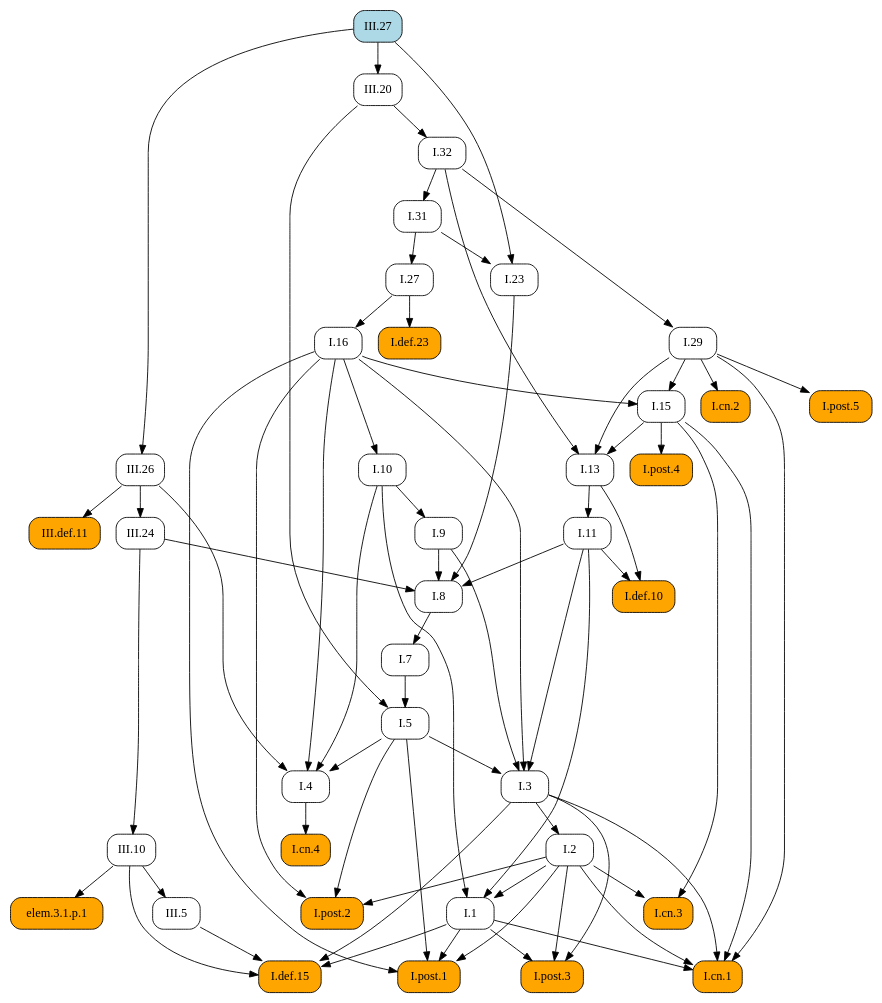
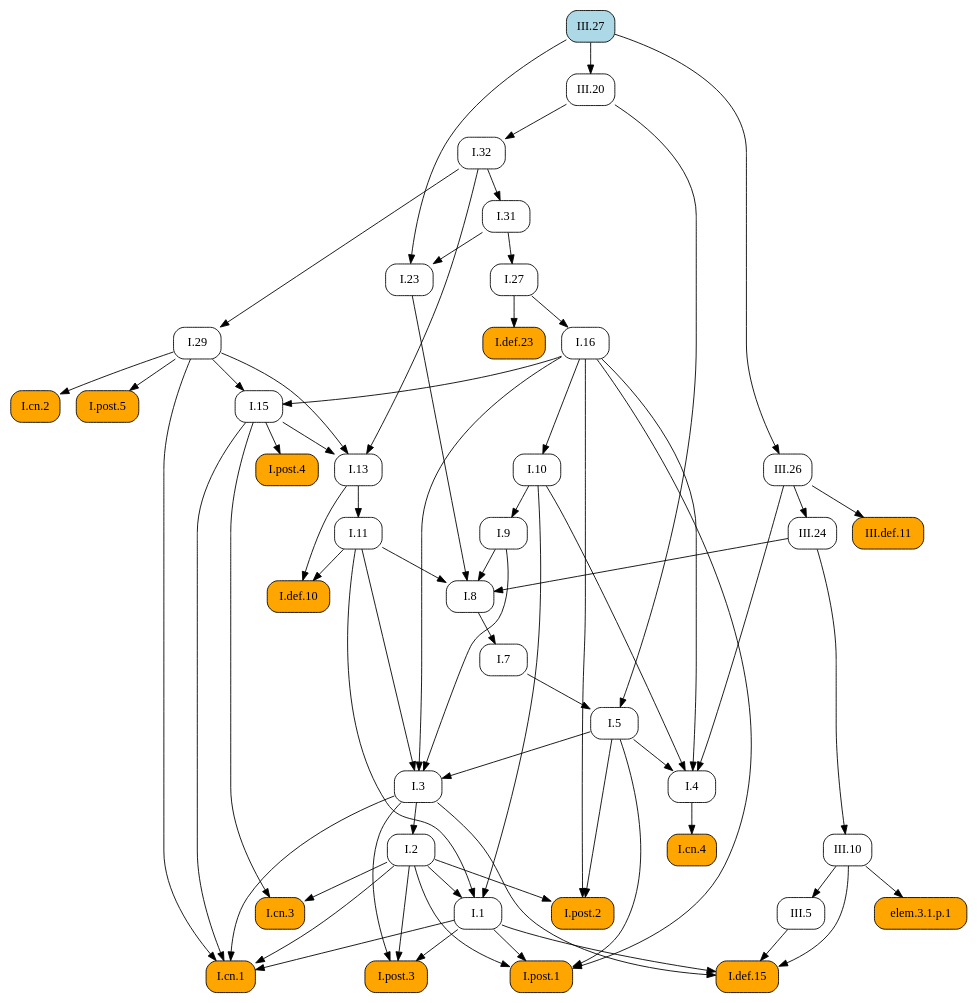
One commit to geometor/elements changed the diagram in docsrc/elements2/III/27/index.rst. Above: the diagram before and after it, drawn with Graphviz. The commit also changed other lines of this file and 409 other files, not shown here.

First line of the commit message:
feat: Add image cropping and graphic extraction script

```diff
--- a/docsrc/elements2/III/27/index.rst
+++ b/docsrc/elements2/III/27/index.rst
@@ -74,111 +74,111 @@
    digraph {
      rankdir="TB";
      node [shape=box, style=rounded];
+     "I.31" [URL="/elements2/I/31/", target="_top"];
      "I.8" [URL="/elements2/I/8/", target="_top"];
+     "I.5" [URL="/elements2/I/5/", target="_top"];
+     "I.15" [URL="/elements2/I/15/", target="_top"];
+     "I.cn.1" [style="rounded,filled", fillcolor=orange, URL="/elements2/I/cn.1/", target="_top"];
      "I.32" [URL="/elements2/I/32/", target="_top"];
+     "I.7" [URL="/elements2/I/7/", target="_top"];
+     "I.23" [URL="/elements2/I/23/", target="_top"];
+     "elem.3.1.p.1" [style="rounded,filled", fillcolor=orange];
+     "III.26" [URL="/elements2/III/26/", target="_top"];
+     "I.16" [URL="/elements2/I/16/", target="_top"];
+     "III.20" [URL="/elements2/III/20/", target="_top"];
      "III.27" [style="rounded,filled", fillcolor=lightblue, URL="/elements2/III/27/", target="_top"];
+     "I.def.15" [style="rounded,filled", fillcolor=orange, URL="/elements2/I/def.15/", target="_top"];
+     "I.def.10" [style="rounded,filled", fillcolor=orange, URL="/elements2/I/def.10/", target="_top"];
+     "I.11" [URL="/elements2/I/11/", target="_top"];
+     "I.post.4" [style="rounded,filled", fillcolor=orange, URL="/elements2/I/post.4/", target="_top"];
+     "III.5" [URL="/elements2/III/5/", target="_top"];
+     "I.def.23" [style="rounded,filled", fillcolor=orange, URL="/elements2/I/def.23/", target="_top"];
+     "I.post.5" [style="rounded,filled", fillcolor=orange, URL="/elements2/I/post.5/", target="_top"];
+     "I.3" [URL="/elements2/I/3/", target="_top"];
+     "I.10" [URL="/elements2/I/10/", target="_top"];
+     "I.cn.3" [style="rounded,filled", fillcolor=orange, URL="/elements2/I/cn.3/", target="_top"];
+     "III.24" [URL="/elements2/III/24/", target="_top"];
+     "I.13" [URL="/elements2/I/13/", target="_top"];
+     "I.4" [URL="/elements2/I/4/", target="_top"];
+     "I.post.3" [style="rounded,filled", fillcolor=orange, URL="/elements2/I/post.3/", target="_top"];
+     "I.9" [URL="/elements2/I/9/", target="_top"];
+     "I.29" [URL="/elements2/I/29/", target="_top"];
      "I.post.1" [style="rounded,filled", fillcolor=orange, URL="/elements2/I/post.1/", target="_top"];
-     "I.5" [URL="/elements2/I/5/", target="_top"];
-     "I.post.5" [style="rounded,filled", fillcolor=orange, URL="/elements2/I/post.5/", target="_top"];
-     "I.def.10" [style="rounded,filled", fillcolor=orange, URL="/elements2/I/def.10/", target="_top"];
-     "I.cn.2" [style="rounded,filled", fillcolor=orange, URL="/elements2/I/cn.2/", target="_top"];
-     "I.def.15" [style="rounded,filled", fillcolor=orange, URL="/elements2/I/def.15/", target="_top"];
-     "I.31" [URL="/elements2/I/31/", target="_top"];
-     "I.11" [URL="/elements2/I/11/", target="_top"];
-     "III.def.11" [style="rounded,filled", fillcolor=orange, URL="/elements2/III/def.11/", target="_top"];
-     "III.24" [URL="/elements2/III/24/", target="_top"];
-     "I.3" [URL="/elements2/I/3/", target="_top"];
-     "I.post.2" [style="rounded,filled", fillcolor=orange, URL="/elements2/I/post.2/", target="_top"];
      "III.10" [URL="/elements2/III/10/", target="_top"];
-     "I.def.23" [style="rounded,filled", fillcolor=orange, URL="/elements2/I/def.23/", target="_top"];
-     "I.1" [URL="/elements2/I/1/", target="_top"];
-     "I.cn.4" [style="rounded,filled", fillcolor=orange, URL="/elements2/I/cn.4/", target="_top"];
-     "I.cn.3" [style="rounded,filled", fillcolor=orange, URL="/elements2/I/cn.3/", target="_top"];
-     "III.5" [URL="/elements2/III/5/", target="_top"];
-     "III.20" [URL="/elements2/III/20/", target="_top"];
-     "I.7" [URL="/elements2/I/7/", target="_top"];
-     "III.26" [URL="/elements2/III/26/", target="_top"];
-     "I.9" [URL="/elements2/I/9/", target="_top"];
-     "elem.3.1.p.1" [style="rounded,filled", fillcolor=orange];
-     "I.cn.1" [style="rounded,filled", fillcolor=orange, URL="/elements2/I/cn.1/", target="_top"];
-     "I.29" [URL="/elements2/I/29/", target="_top"];
-     "I.post.4" [style="rounded,filled", fillcolor=orange, URL="/elements2/I/post.4/", target="_top"];
-     "I.16" [URL="/elements2/I/16/", target="_top"];
-     "I.13" [URL="/elements2/I/13/", target="_top"];
      "I.2" [URL="/elements2/I/2/", target="_top"];
      "I.27" [URL="/elements2/I/27/", target="_top"];
-     "I.4" [URL="/elements2/I/4/", target="_top"];
-     "I.10" [URL="/elements2/I/10/", target="_top"];
-     "I.15" [URL="/elements2/I/15/", target="_top"];
-     "I.23" [URL="/elements2/I/23/", target="_top"];
-     "I.post.3" [style="rounded,filled", fillcolor=orange, URL="/elements2/I/post.3/", target="_top"];
+     "III.def.11" [style="rounded,filled", fillcolor=orange, URL="/elements2/III/def.11/", target="_top"];
+     "I.cn.4" [style="rounded,filled", fillcolor=orange, URL="/elements2/I/cn.4/", target="_top"];
+     "I.cn.2" [style="rounded,filled", fillcolor=orange, URL="/elements2/I/cn.2/", target="_top"];
+     "I.1" [URL="/elements2/I/1/", target="_top"];
+     "I.post.2" [style="rounded,filled", fillcolor=orange, URL="/elements2/I/post.2/", target="_top"];
+     "I.32" -> "I.31";
      "I.9" -> "I.8";
      "I.11" -> "I.8";
      "I.23" -> "I.8";
      "III.24" -> "I.8";
-     "III.20" -> "I.32";
-     "I.1" -> "I.post.1";
-     "I.2" -> "I.post.1";
-     "I.5" -> "I.post.1";
-     "I.16" -> "I.post.1";
      "I.7" -> "I.5";
      "III.20" -> "I.5";
-     "I.29" -> "I.post.5";
-     "I.11" -> "I.def.10";
-     "I.13" -> "I.def.10";
-     "I.29" -> "I.cn.2";
-     "I.1" -> "I.def.15";
-     "I.3" -> "I.def.15";
-     "III.5" -> "I.def.15";
-     "III.10" -> "I.def.15";
-     "I.32" -> "I.31";
-     "I.13" -> "I.11";
-     "III.26" -> "III.def.11";
-     "III.26" -> "III.24";
-     "I.5" -> "I.3";
-     "I.9" -> "I.3";
-     "I.11" -> "I.3";
-     "I.16" -> "I.3";
-     "I.2" -> "I.post.2";
-     "I.5" -> "I.post.2";
-     "I.16" -> "I.post.2";
-     "III.24" -> "III.10";
-     "I.27" -> "I.def.23";
-     "I.2" -> "I.1";
-     "I.10" -> "I.1";
-     "I.11" -> "I.1";
-     "I.4" -> "I.cn.4";
-     "I.2" -> "I.cn.3";
-     "I.15" -> "I.cn.3";
-     "III.10" -> "III.5";
-     "III.27" -> "III.20";
-     "I.8" -> "I.7";
-     "III.27" -> "III.26";
-     "I.10" -> "I.9";
-     "III.10" -> "elem.3.1.p.1";
+     "I.16" -> "I.15";
+     "I.29" -> "I.15";
      "I.1" -> "I.cn.1";
      "I.2" -> "I.cn.1";
      "I.3" -> "I.cn.1";
      "I.15" -> "I.cn.1";
      "I.29" -> "I.cn.1";
-     "I.32" -> "I.29";
+     "III.20" -> "I.32";
+     "I.8" -> "I.7";
+     "I.31" -> "I.23";
+     "III.27" -> "I.23";
+     "III.10" -> "elem.3.1.p.1";
+     "III.27" -> "III.26";
+     "I.27" -> "I.16";
+     "III.27" -> "III.20";
+     "I.1" -> "I.def.15";
+     "I.3" -> "I.def.15";
+     "III.5" -> "I.def.15";
+     "III.10" -> "I.def.15";
+     "I.11" -> "I.def.10";
+     "I.13" -> "I.def.10";
+     "I.13" -> "I.11";
      "I.15" -> "I.post.4";
-     "I.27" -> "I.16";
+     "III.10" -> "III.5";
+     "I.27" -> "I.def.23";
+     "I.29" -> "I.post.5";
+     "I.5" -> "I.3";
+     "I.9" -> "I.3";
+     "I.11" -> "I.3";
+     "I.16" -> "I.3";
+     "I.16" -> "I.10";
+     "I.2" -> "I.cn.3";
+     "I.15" -> "I.cn.3";
+     "III.26" -> "III.24";
      "I.15" -> "I.13";
      "I.29" -> "I.13";
      "I.32" -> "I.13";
-     "I.3" -> "I.2";
-     "I.31" -> "I.27";
      "I.5" -> "I.4";
      "I.10" -> "I.4";
      "I.16" -> "I.4";
      "III.26" -> "I.4";
-     "I.16" -> "I.10";
-     "I.16" -> "I.15";
-     "I.29" -> "I.15";
-     "I.31" -> "I.23";
-     "III.27" -> "I.23";
      "I.1" -> "I.post.3";
      "I.2" -> "I.post.3";
      "I.3" -> "I.post.3";
+     "I.10" -> "I.9";
+     "I.32" -> "I.29";
+     "I.1" -> "I.post.1";
+     "I.2" -> "I.post.1";
+     "I.5" -> "I.post.1";
+     "I.16" -> "I.post.1";
+     "III.24" -> "III.10";
+     "I.3" -> "I.2";
+     "I.31" -> "I.27";
+     "III.26" -> "III.def.11";
+     "I.4" -> "I.cn.4";
+     "I.29" -> "I.cn.2";
+     "I.2" -> "I.1";
+     "I.10" -> "I.1";
+     "I.11" -> "I.1";
+     "I.2" -> "I.post.2";
+     "I.5" -> "I.post.2";
+     "I.16" -> "I.post.2";
    }
```
